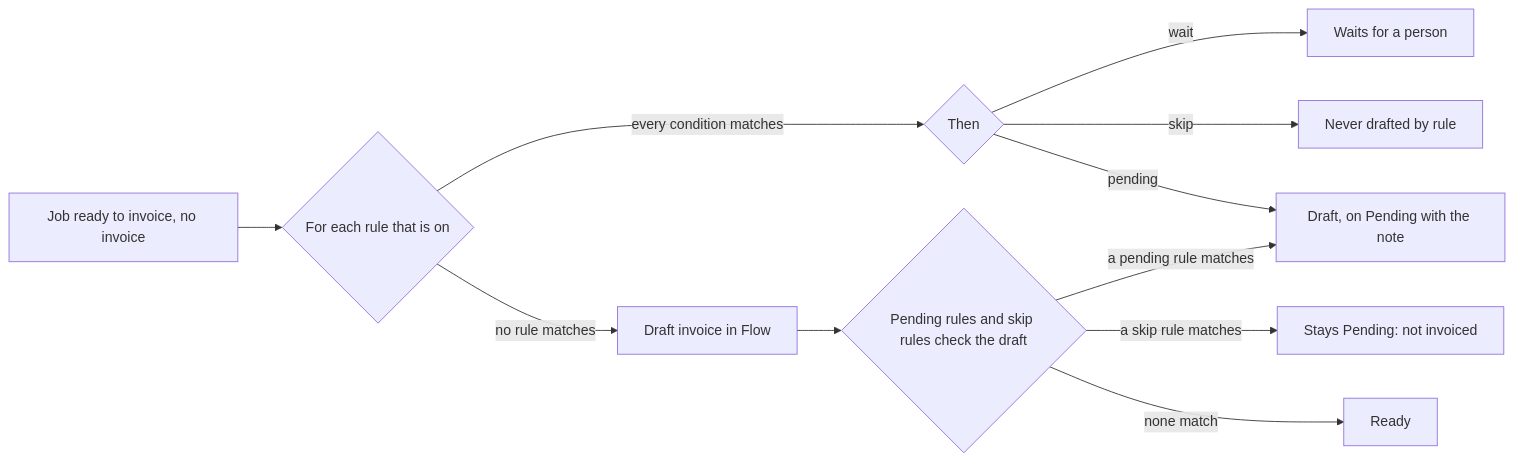
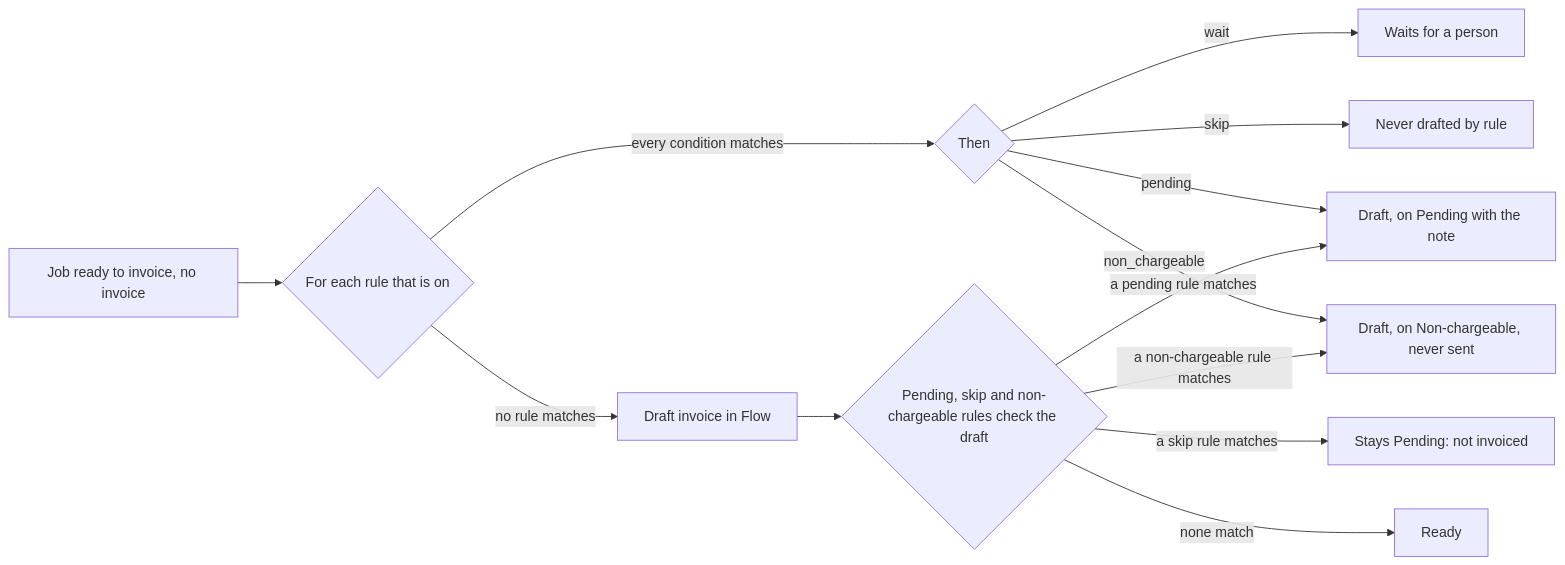
Before and after one commit to arcforgelabs/docs: the diagram in docs/flow/INVOICE_RULES.md, drawn with Mermaid. The commit also changed other lines of this file and 84 other files, not shown here.

Commit message:
chore(sync): mirror docs from arcforgelabs/flow@e58d3c8f061941ee7c279f3bbde944235b988fb3

````diff
--- a/docs/flow/INVOICE_RULES.md
+++ b/docs/flow/INVOICE_RULES.md
@@ -9,13 +9,15 @@
 ```mermaid
 flowchart LR
   ready[Job ready to invoice, no invoice] --> each{For each rule that is on}
   each -- every condition matches --> then{Then}
   then -- wait --> wait[Waits for a person]
   then -- skip --> skip[Never drafted by rule]
   then -- pending --> flagged[Draft, on Pending with the note]
+  then -- non_chargeable --> kept[Draft, on Non-chargeable, never sent]
   each -- no rule matches --> draft[Draft invoice in Flow]
-  draft --> check{Pending rules and skip rules check the draft}
+  draft --> check{Pending, skip and non-chargeable rules check the draft}
   check -- a pending rule matches --> flagged
   check -- a skip rule matches --> held[Stays Pending: not invoiced]
+  check -- a non-chargeable rule matches --> kept
   check -- none match --> readyTab[Ready]
 ```
````
